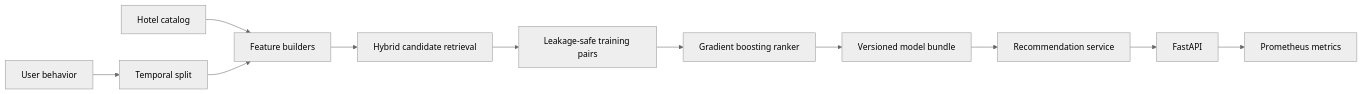
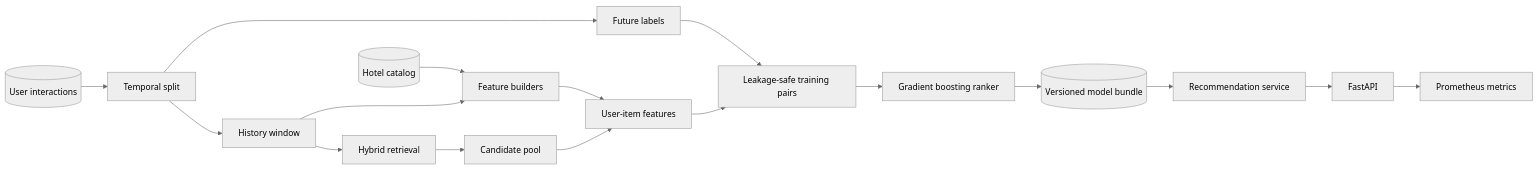
Before and after one commit to antony502189-max/Production-Hotel-Recommender: the first of 2 diagrams in README.md, drawn with Mermaid (neutral theme). The commit also changed other lines of this file, not shown here.

````diff
--- a/README.md
+++ b/README.md
@@ -73,13 +125,19 @@
 ```mermaid
 flowchart LR
-    A[User behavior] --> B[Temporal split]
-    C[Hotel catalog] --> D[Feature builders]
-    B --> D
-    D --> E[Hybrid candidate retrieval]
-    E --> F[Leakage-safe training pairs]
-    F --> G[Gradient boosting ranker]
-    G --> H[Versioned model bundle]
-    H --> I[Recommendation service]
-    I --> J[FastAPI]
-    J --> K[Prometheus metrics]
+    A[(User interactions)] --> B[Temporal split]
+    H[(Hotel catalog)] --> D[Feature builders]
+    B --> C[History window]
+    B --> L[Future labels]
+    C --> D
+    C --> E[Hybrid retrieval]
+    E --> F[Candidate pool]
+    D --> G[User-item features]
+    F --> G
+    L --> I[Leakage-safe training pairs]
+    G --> I
+    I --> J[Gradient boosting ranker]
+    J --> K[(Versioned model bundle)]
+    K --> S[Recommendation service]
+    S --> API[FastAPI]
+    API --> M[Prometheus metrics]
 ```
````
